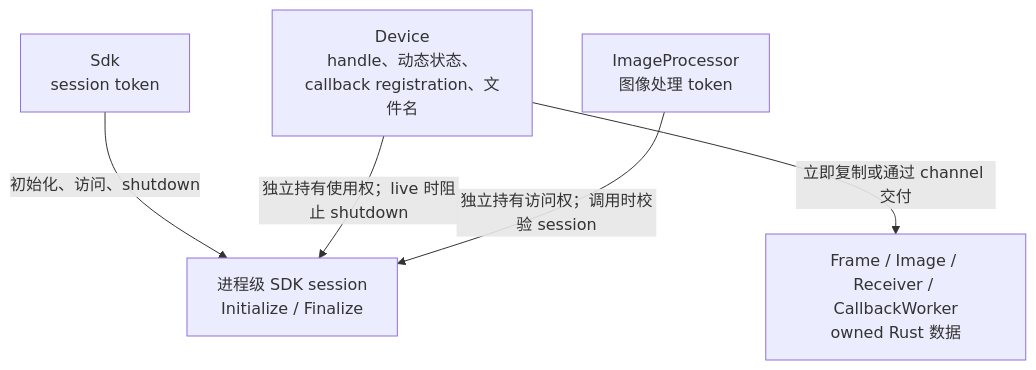
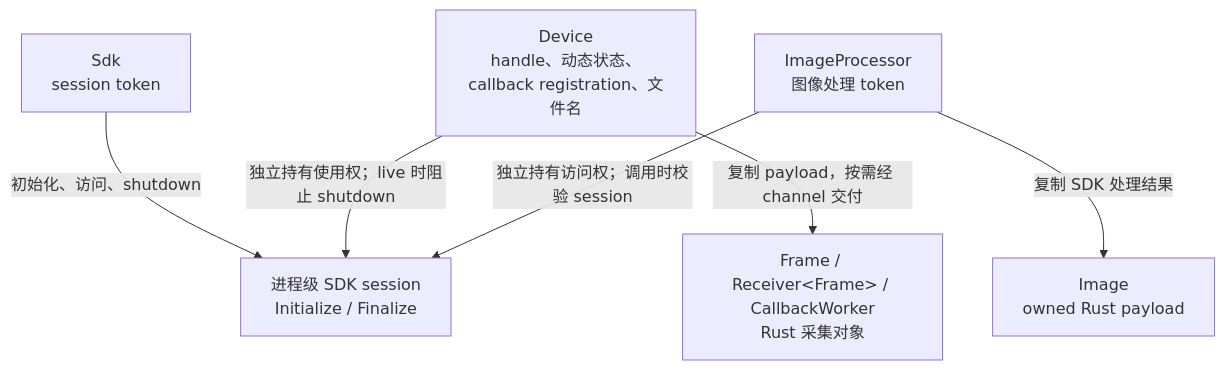
One commit to JSB-Unscarred/3dmvs-sdk-rs changed the first of 2 diagrams in 生命周期与时序图.md. Above: the diagram before and after it, drawn with Mermaid. The commit also changed other lines of this file and 5 other files, not shown here.

First line of the commit message:
refactor: 精简 Frame 与 Image 的 owned 语义

````diff
--- a/生命周期与时序图.md
+++ b/生命周期与时序图.md
@@ -5,13 +5,15 @@
 ```mermaid
 flowchart TD
     Session["进程级 SDK session<br/>Initialize / Finalize"]
     SDK["Sdk<br/>session token"]
     Device["Device<br/>handle、动态状态、callback registration、文件名"]
     Processor["ImageProcessor<br/>图像处理 token"]
-    Output["Frame / Image / Receiver / CallbackWorker<br/>owned Rust 数据"]
+    Acquisition["Frame / Receiver&lt;Frame&gt; / CallbackWorker<br/>Rust 采集对象"]
+    Processed["Image<br/>owned Rust payload"]
 
     SDK -->|初始化、访问、shutdown| Session
     Device -->|独立持有使用权；live 时阻止 shutdown| Session
     Processor -->|独立持有访问权；调用时校验 session| Session
-    Device -->|立即复制或通过 channel 交付| Output
+    Device -->|复制 payload，按需经 channel 交付| Acquisition
+    Processor -->|复制 SDK 处理结果| Processed
 ```
````
